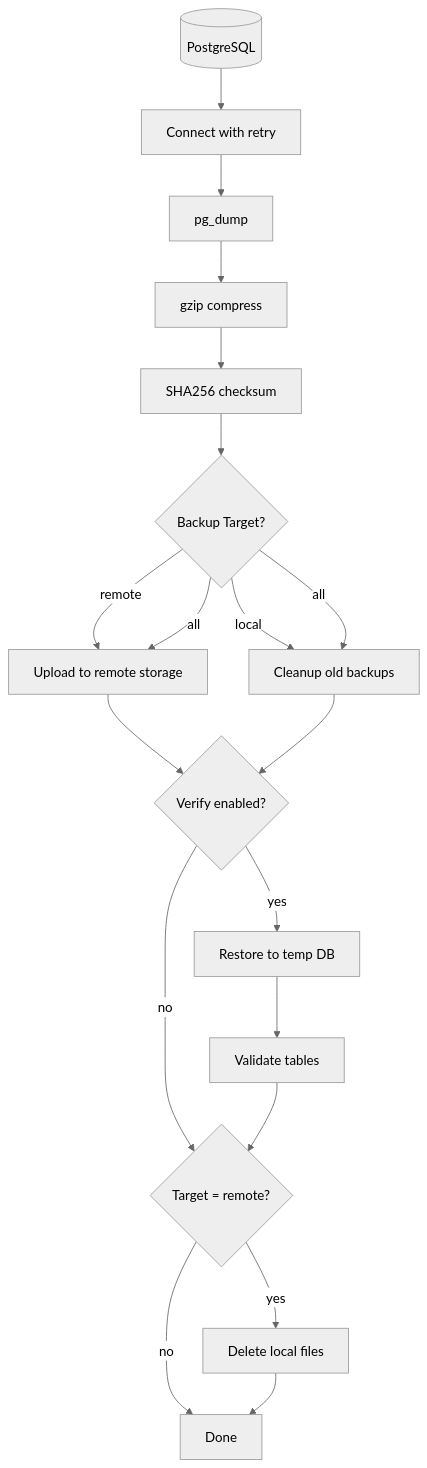
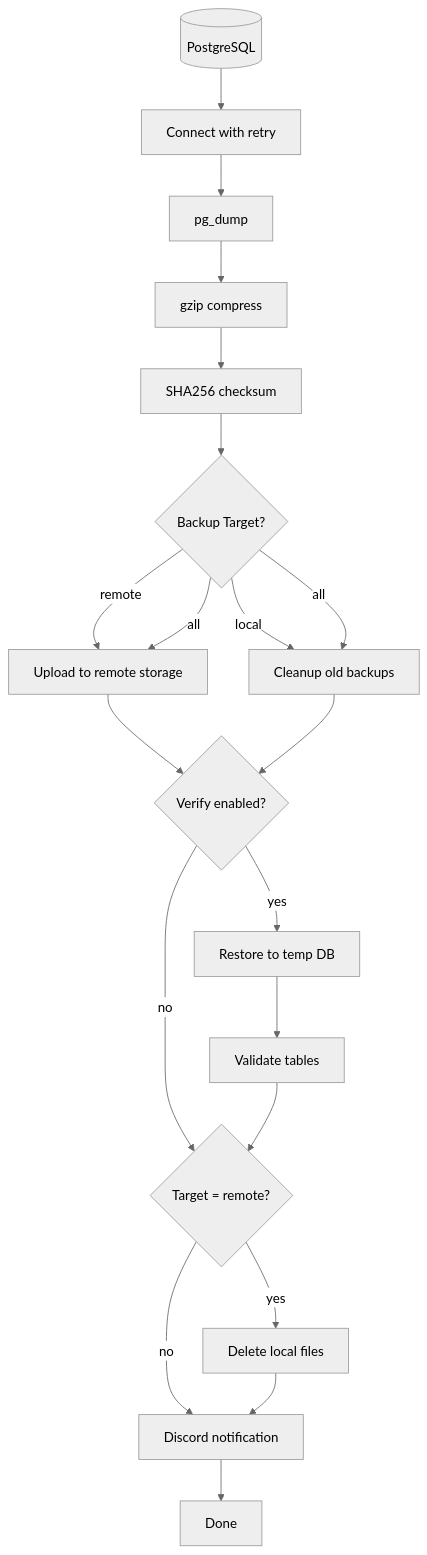
The diagram in README.md (Heenzaa1998/postgres-backup-job), drawn with Mermaid (neutral theme) before and after one commit. The commit also changed other lines of this file and 1 other file, not shown here.

Commit message:
docs: add discord notification

````diff
--- a/README.md
+++ b/README.md
@@ -49,21 +52,22 @@
 ```mermaid
 flowchart TD
     A[(PostgreSQL)] --> B[Connect with retry]
     B --> C[pg_dump]
     C --> D[gzip compress]
     D --> E[SHA256 checksum]
     E --> F{Backup Target?}
     F -->|remote| G[Upload to remote storage]
     F -->|local| H[Cleanup old backups]
     F -->|all| G
     F -->|all| H
     G --> I{Verify enabled?}
     H --> I
     I -->|yes| J[Restore to temp DB]
     J --> K[Validate tables]
     I -->|no| L{Target = remote?}
     K --> L
     L -->|yes| M[Delete local files]
-    L -->|no| N[Done]
+    L -->|no| N[Discord notification]
     M --> N
+    N --> O[Done]
 ```
````
